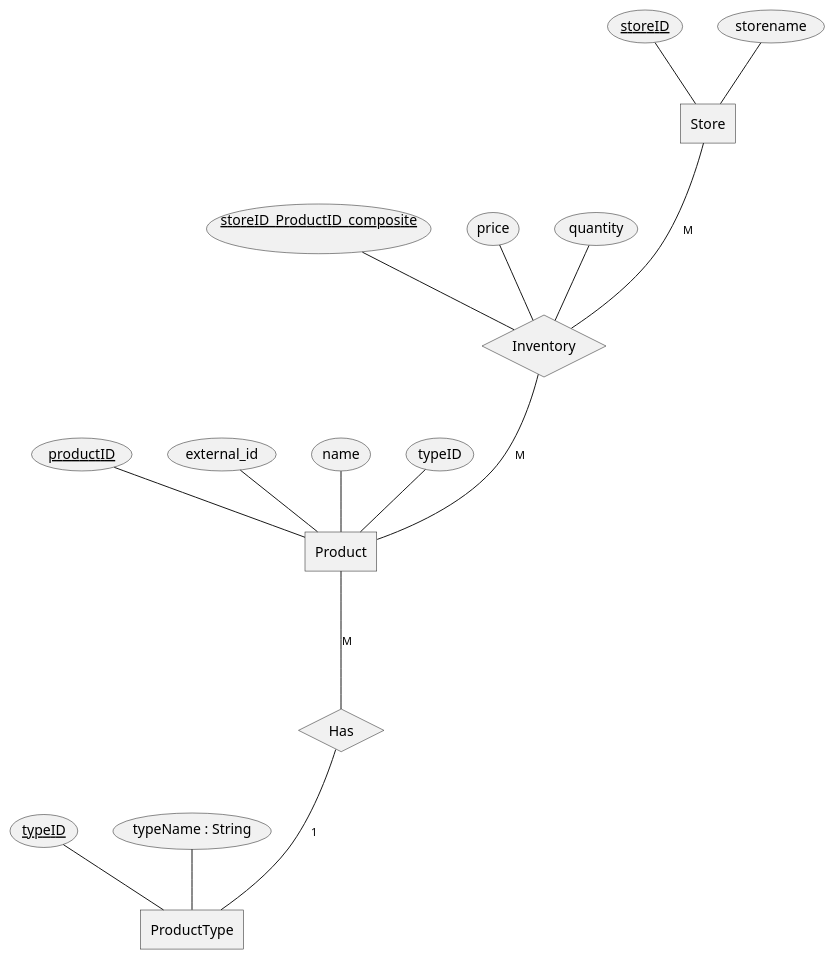
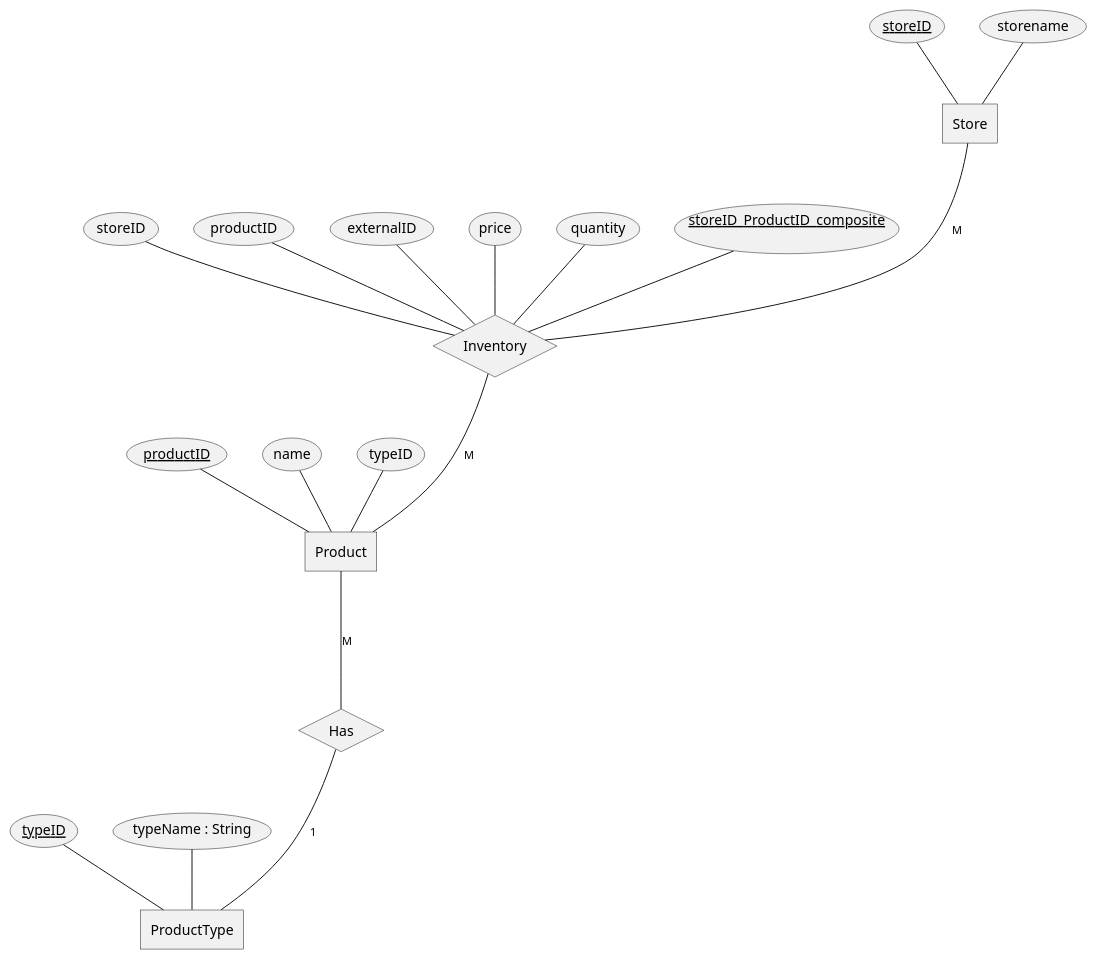
Before and after one commit to kigu25/Drop-Alert: the diagram in Diagrams/ER_Diagram.plantuml, drawn with PlantUML. The commit also changed 2 other files, not shown here.

```diff
--- a/Diagrams/ER_Diagram.plantuml
+++ b/Diagrams/ER_Diagram.plantuml
@@ -1,36 +1,38 @@
 @startchen E/R Diagram For Workout Tracker
 top to bottom direction
 
 entity Store{
     storeID <<key>>
     storename
 }
 
 entity Product{
     productID <<key>>
-    external_id 
     name
     typeID
 }
 
 entity ProductType{ 
     typeID <<key>>
     typeName : String
 }
 
 relationship Inventory{
-    storeID_ProductID_composite <<key>>
+    storeID
+    productID
+    externalID
     price
     quantity
+    storeID_ProductID_composite <<key>>
 }
 
 relationship Has {
 }
 
 Store -M- Inventory
 Inventory -M- Product
 Product -M- Has
 Has -1- ProductType
 
 
 @endchen
```
